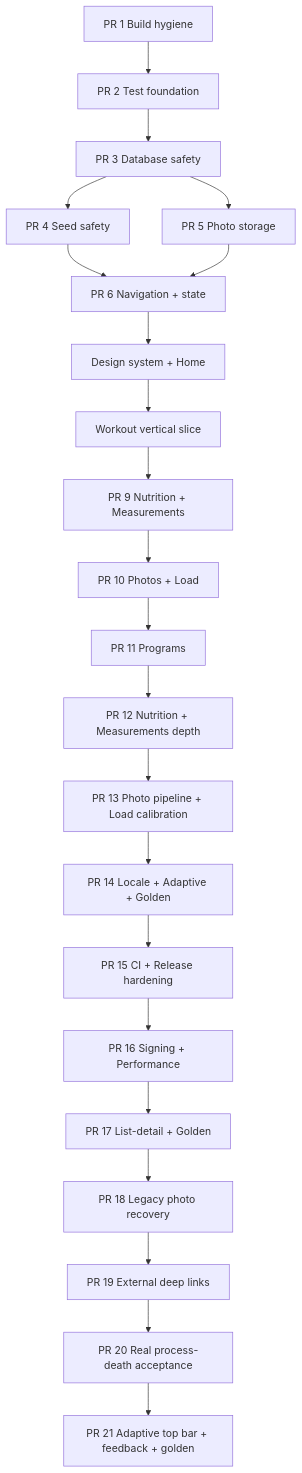
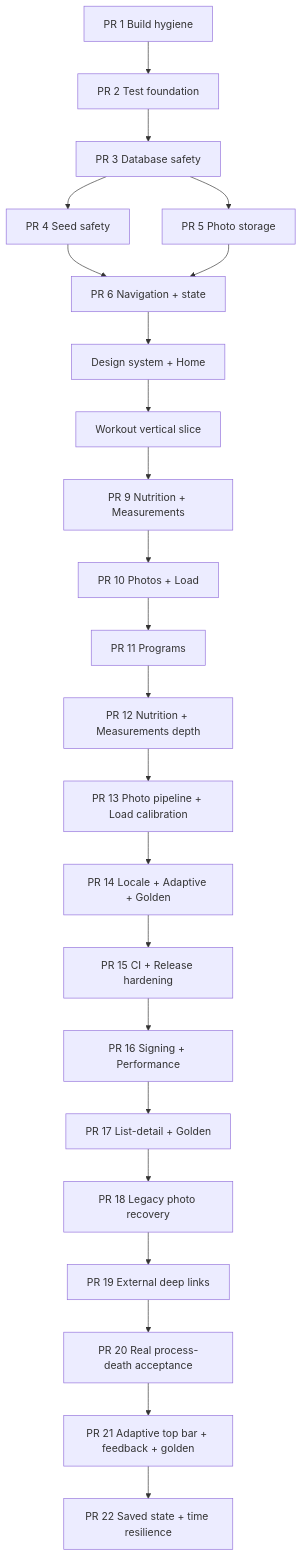
One commit to MehmetKucukOfficial/GymTracker changed the diagram in docs/obsidian/roadmap/ROADMAP_EXECUTION_GRAPH.md. Above: the diagram before and after it, drawn with Mermaid. The commit also changed other lines of this file and 12 other files, not shown here.

Commit message:
docs: map state and time resilience

````diff
--- a/docs/obsidian/roadmap/ROADMAP_EXECUTION_GRAPH.md
+++ b/docs/obsidian/roadmap/ROADMAP_EXECUTION_GRAPH.md
@@ -14,24 +14,25 @@
 ```mermaid
 flowchart TD
     PR1[PR 1 Build hygiene] --> PR2[PR 2 Test foundation]
     PR2 --> PR3[PR 3 Database safety]
     PR3 --> PR4[PR 4 Seed safety]
     PR3 --> PR5[PR 5 Photo storage]
     PR4 --> PR6[PR 6 Navigation + state]
     PR5 --> PR6
     PR6 --> UI[Design system + Home]
     UI --> WO[Workout vertical slice]
     WO --> N[PR 9 Nutrition + Measurements]
     N --> P[PR 10 Photos + Load]
     P --> PG[PR 11 Programs]
     PG --> ND[PR 12 Nutrition + Measurements depth]
     ND --> PC[PR 13 Photo pipeline + Load calibration]
     PC --> AL[PR 14 Locale + Adaptive + Golden]
     AL --> B[PR 15 CI + Release hardening]
     B --> RP[PR 16 Signing + Performance]
     RP --> LG[PR 17 List-detail + Golden]
     LG --> LR[PR 18 Legacy photo recovery]
     LR --> DL[PR 19 External deep links]
     DL --> PD[PR 20 Real process-death acceptance]
     PD --> AF[PR 21 Adaptive top bar + feedback + golden]
+    AF --> ST[PR 22 Saved state + time resilience]
 ```
````
